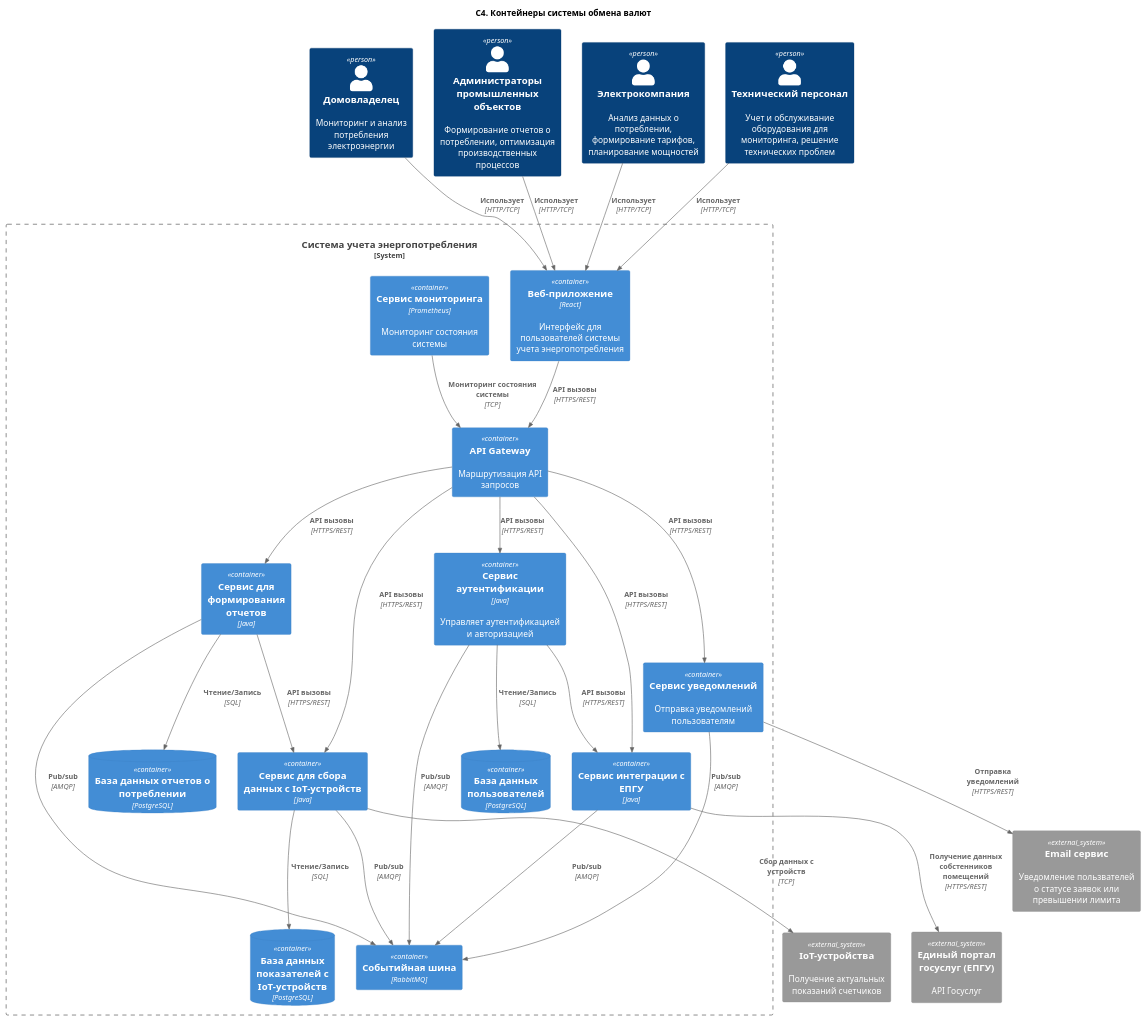
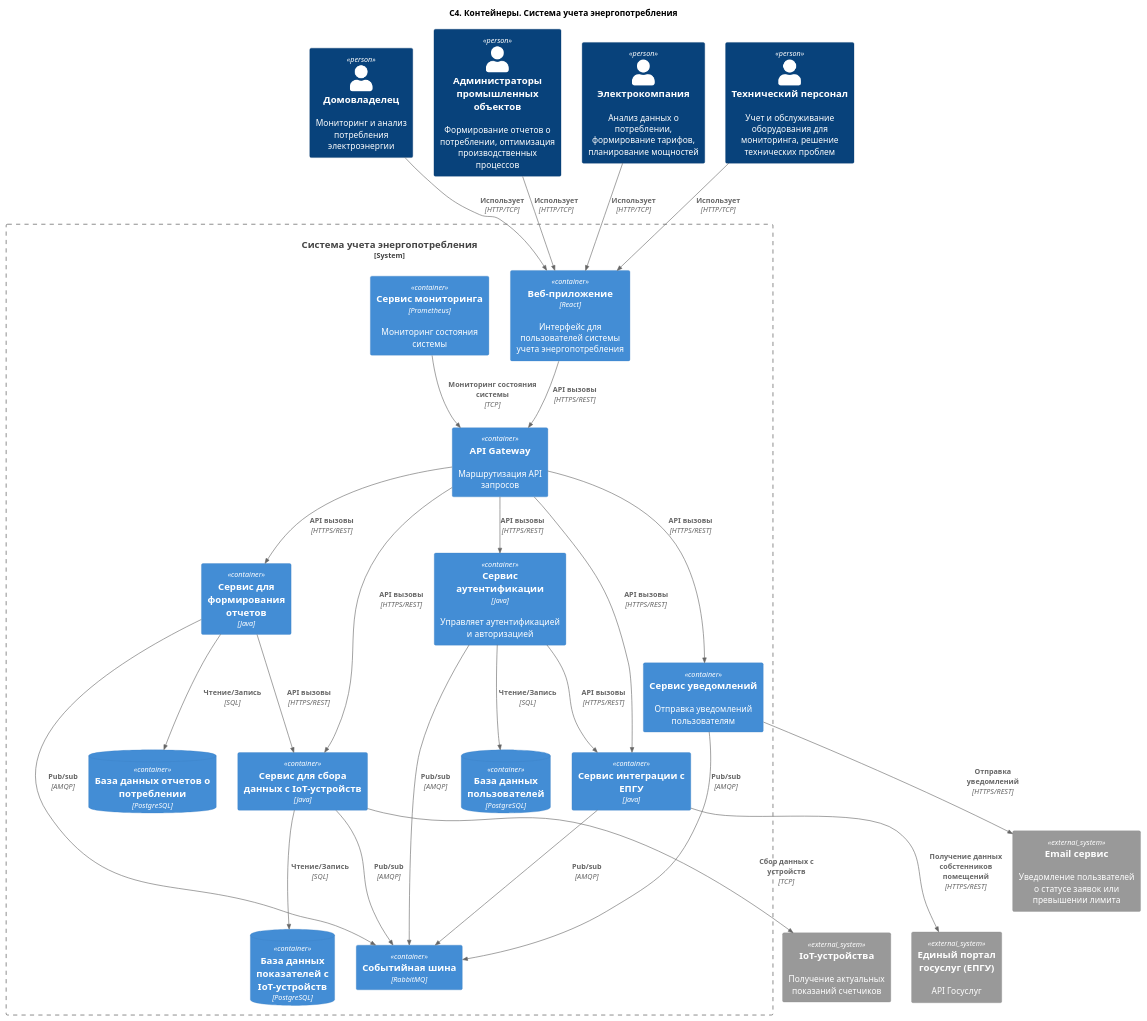
The diagram in 2. Технический проект/container.puml (I1yaMatveev/SoftwareDevelopmentTechnology), drawn with PlantUML before and after one commit.

```diff
--- a/2. Технический проект/container.puml
+++ b/2. Технический проект/container.puml
@@ -1,74 +1,69 @@
 @startuml Диаграмма контейнеров
-title "C4. Контейнеры системы обмена валют"
+title "C4. Контейнеры. Система учета энергопотребления"
 
 !include https://raw.githubusercontent.com/plantuml-stdlib/C4-PlantUML/master/C4_Container.puml
-
-' Персоны
 
 Person(homeowner, "Домовладелец", "Мониторинг и анализ потребления электроэнергии")
 Person(industrialFacilityAministrator, "Администраторы промышленных объектов", "Формирование отчетов о потреблении, оптимизация производственных процессов")
 Person(electricCompany, "Электрокомпания", "Анализ данных о потреблении, формирование тарифов, планирование мощностей")
 Person(technicalStaff, "Технический персонал", "Учет и обслуживание оборудования для мониторинга, решение технических проблем")
 
-' Система
 System_Boundary(appBoundary, "Система учета энергопотребления") {
     Container(webApp, "Веб-приложение", "React", "Интерфейс для пользователей системы учета энергопотребления")
     Container(apiGateway, "API Gateway", "", "Маршрутизация API запросов")
 
     Container(authenticationService, "Сервис аутентификации", "Java", "Управляет аутентификацией и авторизацией")
     ContainerDb(authDB, "База данных пользователей", "PostgreSQL")
 
     Container(energyDataCollector, "Сервис для сбора данных с IoT-устройств", "Java")
     ContainerDb(energyDataCollectorDB, "База данных показателей с IoT-устройств", "PostgreSQL")
 
     Container(reportService, "Сервис для формирования отчетов", "Java")
     ContainerDb(reportDB, "База данных отчетов о потреблении", "PostgreSQL")
 
     Container(govPortalIntegrationService, "Сервис интеграции с ЕПГУ", "Java")
 
     Container(monitoringService, "Сервис мониторинга", "Prometheus", "Мониторинг состояния системы")
 
     Container(notificationService, "Сервис уведомлений", "", "Отправка уведомлений пользователям")
 
     Container(messageBroker, "Событийная шина", "RabbitMQ")
 }
 
-' Внешние системы
 System_Ext(ioTDevices, "IoT-устройства", "Получение актуальных показаний счетчиков")
 System_Ext(govAPI, "Единый портал госуслуг (ЕПГУ)", "API Госуслуг")
 System_Ext(notificationServiceExt, "Email сервис", "Уведомление пользвателей о статусе заявок или превышении лимита")
 
-' Расположение элементов
 Rel(homeowner, webApp, "Использует", "HTTP/TCP")
 Rel(industrialFacilityAministrator, webApp, "Использует", "HTTP/TCP")
 Rel(electricCompany, webApp, "Использует", "HTTP/TCP")
 Rel(technicalStaff, webApp, "Использует", "HTTP/TCP")
 
 Rel(monitoringService, apiGateway, "Мониторинг состояния системы", "TCP")
 
 Rel(webApp, apiGateway, "API вызовы", "HTTPS/REST")
 
 Rel(apiGateway, authenticationService, "API вызовы", "HTTPS/REST")
 Rel(apiGateway, energyDataCollector, "API вызовы", "HTTPS/REST")
 Rel(apiGateway, reportService, "API вызовы", "HTTPS/REST")
 Rel(apiGateway, govPortalIntegrationService, "API вызовы", "HTTPS/REST")
 Rel(apiGateway, notificationService, "API вызовы", "HTTPS/REST")
 
 Rel(authenticationService, authDB, "Чтение/Запись", "SQL")
 Rel(energyDataCollector, energyDataCollectorDB, "Чтение/Запись", "SQL")
 Rel(reportService, reportDB, "Чтение/Запись", "SQL")
 
 Rel(authenticationService, govPortalIntegrationService, "API вызовы", "HTTPS/REST")
 Rel(reportService, energyDataCollector, "API вызовы", "HTTPS/REST")
 
 Rel(govPortalIntegrationService, govAPI, "Получение данных собстенников помещений", "HTTPS/REST")
 Rel(energyDataCollector, ioTDevices, "Сбор данных с устройств", "TCP")
 Rel(notificationService, notificationServiceExt, "Отправка уведомлений", "HTTPS/REST")
 
 Rel(authenticationService, messageBroker, "Pub/sub", "AMQP")
 Rel(energyDataCollector, messageBroker, "Pub/sub", "AMQP")
 Rel(reportService, messageBroker, "Pub/sub", "AMQP")
 Rel(govPortalIntegrationService, messageBroker, "Pub/sub", "AMQP")
 Rel(notificationService, messageBroker, "Pub/sub", "AMQP")
 
 @enduml
```
